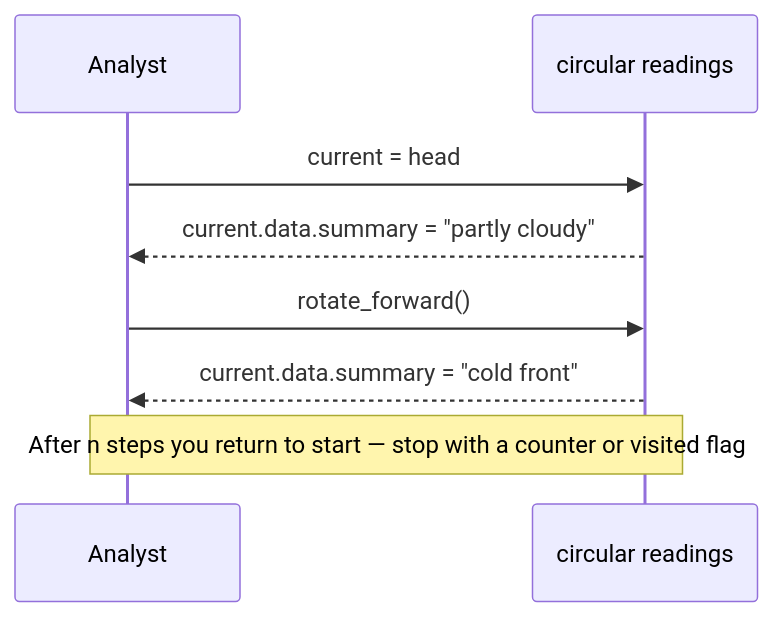
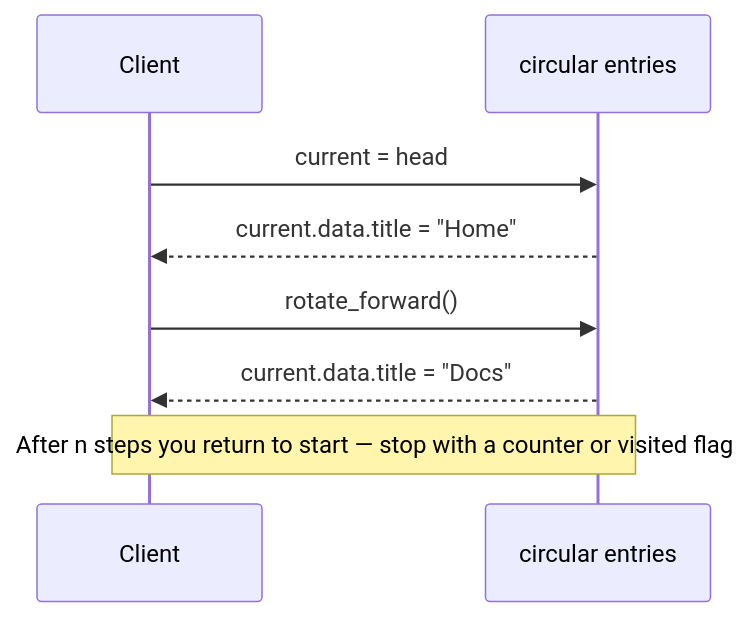
One commit to qgjones9/python-programming-guide changed the second of 8 diagrams in docs/dsa/data-structures/circularly-linked-list/index.md. Above: the diagram before and after it, drawn with Mermaid. The commit also changed other lines of this file and 31 other files, not shown here.

````diff
--- a/docs/dsa/data-structures/circularly-linked-list/index.md
+++ b/docs/dsa/data-structures/circularly-linked-list/index.md
@@ -85,10 +85,10 @@
 ```mermaid
 sequenceDiagram
-  participant Analyst
-  participant Ring as circular readings
-  Analyst->>Ring: current = head
-  Ring-->>Analyst: current.data.summary = "partly cloudy"
-  Analyst->>Ring: rotate_forward()
-  Ring-->>Analyst: current.data.summary = "cold front"
-  Note over Analyst,Ring: After n steps you return to start — stop with a counter or visited flag
+  participant Client
+  participant Ring as circular entries
+  Client->>Ring: current = head
+  Ring-->>Client: current.data.title = "Home"
+  Client->>Ring: rotate_forward()
+  Ring-->>Client: current.data.title = "Docs"
+  Note over Client,Ring: After n steps you return to start — stop with a counter or visited flag
 ```
````
